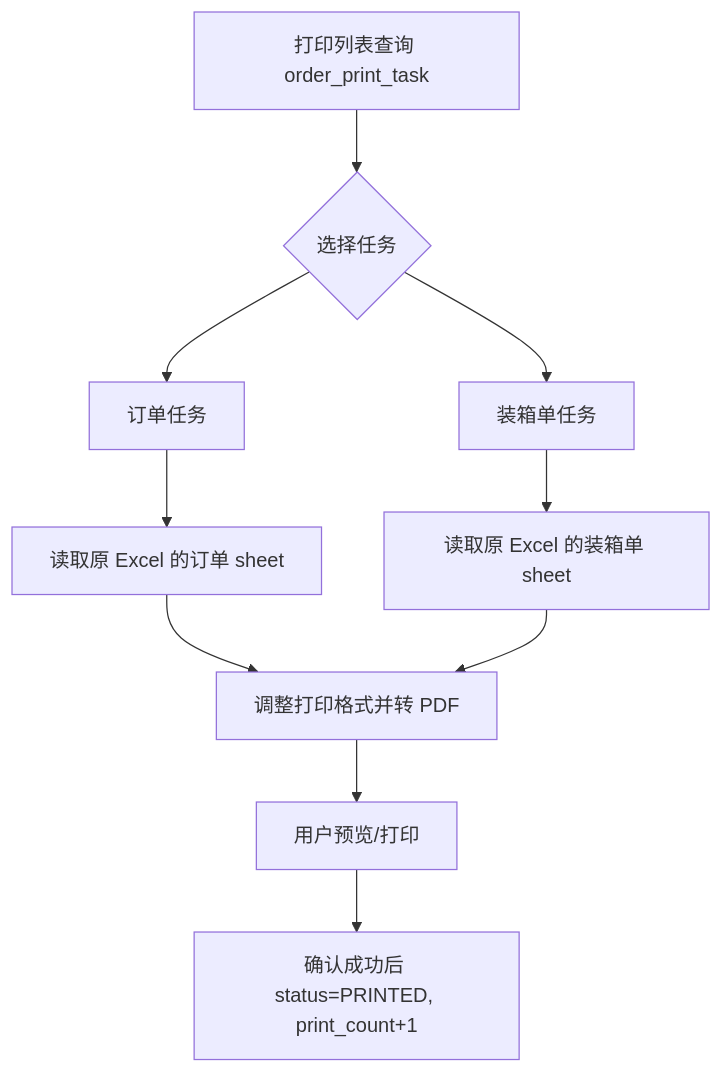
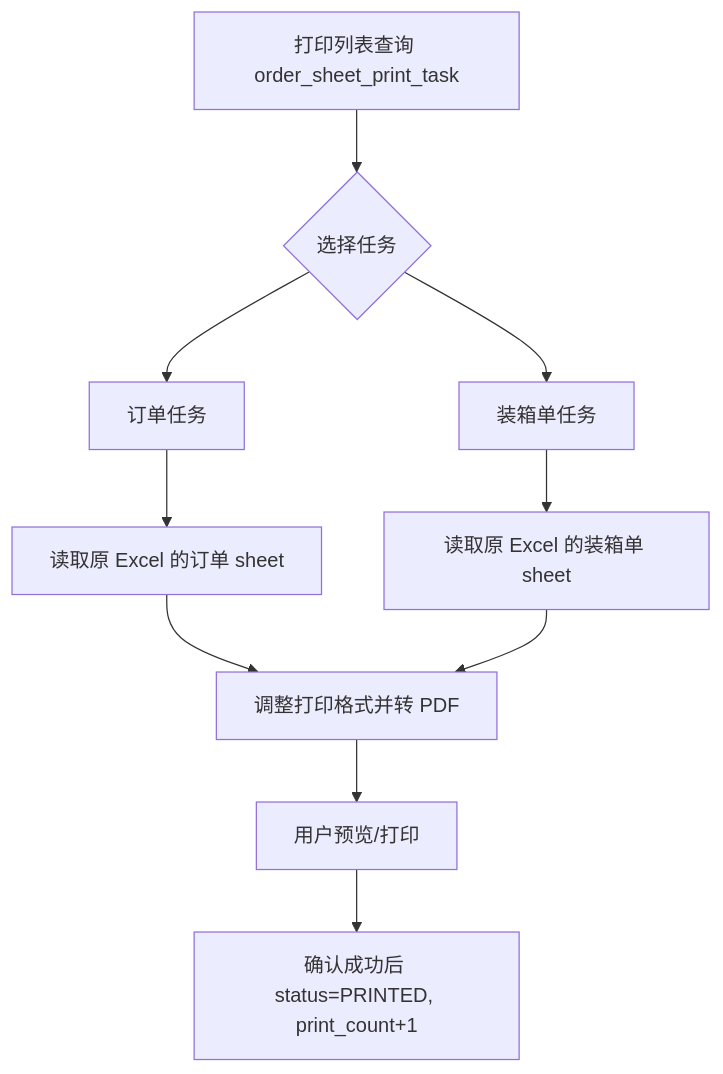
The second of 4 diagrams in docs/打印任务与识别流程设计.md (BleakWinter/shoe-factory-assistant), drawn with Mermaid before and after one commit. The commit also changed other lines of this file and 24 other files, not shown here.

````diff
--- a/docs/打印任务与识别流程设计.md
+++ b/docs/打印任务与识别流程设计.md
@@ -210,12 +205,12 @@
 ```mermaid
 flowchart TD
-    A["打印列表查询 order_print_task"] --> B{"选择任务"}
+    A["打印列表查询 order_sheet_print_task"] --> B{"选择任务"}
     B --> C["订单任务"]
     B --> D["装箱单任务"]
     C --> E["读取原 Excel 的订单 sheet"]
     D --> F["读取原 Excel 的装箱单 sheet"]
     E --> G["调整打印格式并转 PDF"]
     F --> G
     G --> H["用户预览/打印"]
     H --> I["确认成功后 status=PRINTED, print_count+1"]
 ```
````
